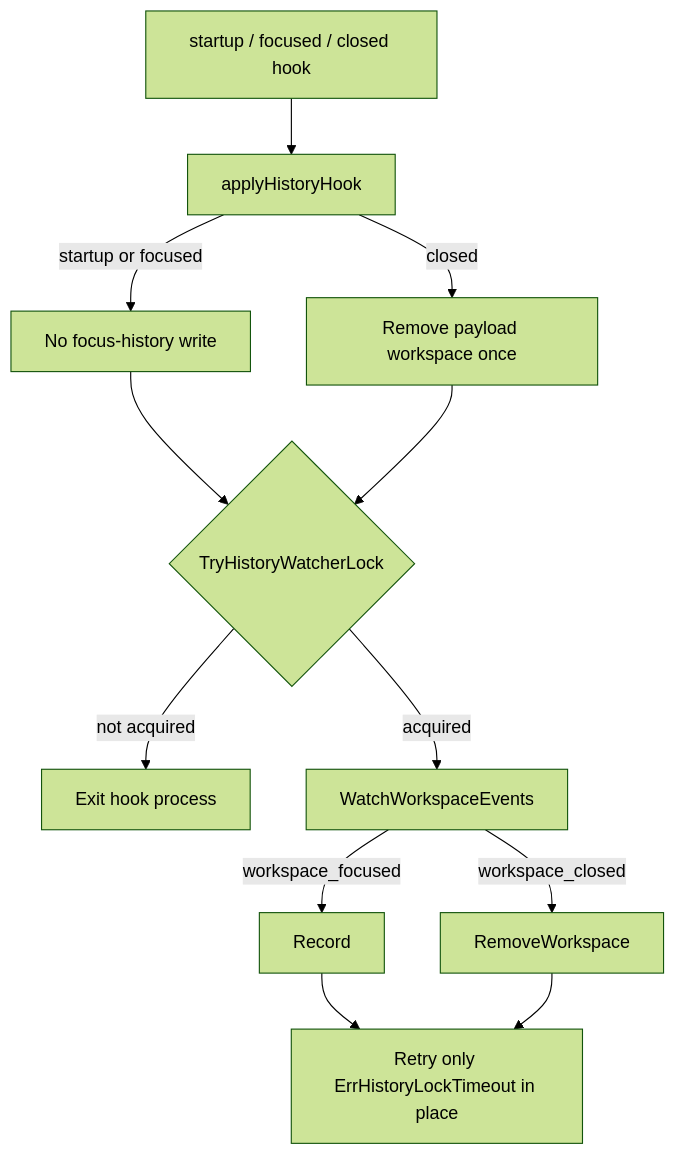
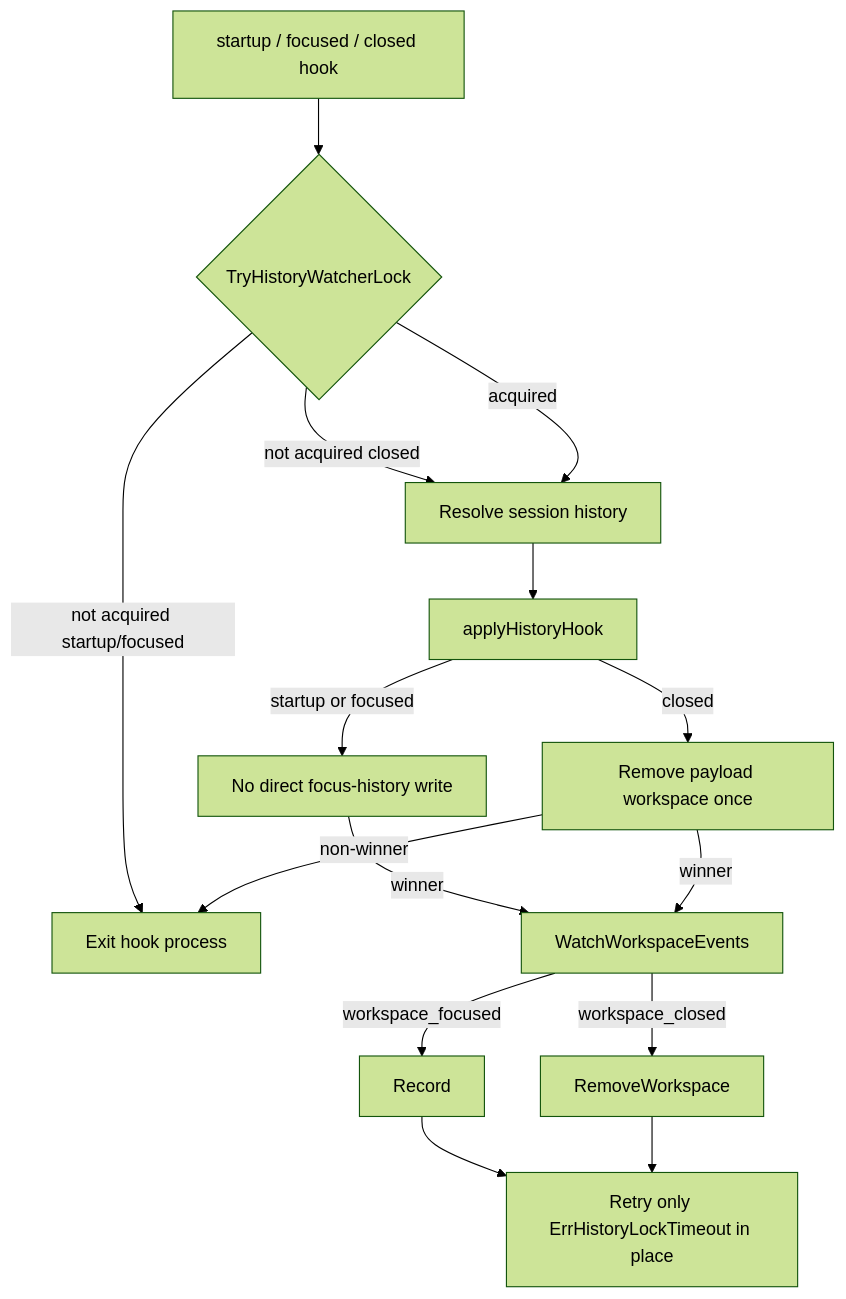
The first of 3 diagrams in docs/development/workspace-history.md (fullerzz/herdr-plugin-sesh), drawn with Mermaid (forest theme) before and after one commit. The commit also changed other lines of this file and 4 other files, not shown here.

First line of the commit message:
fix: close workspace history bootstrap gaps

````diff
--- a/docs/development/workspace-history.md
+++ b/docs/development/workspace-history.md
@@ -50,14 +52,17 @@
 ```mermaid
 flowchart TD
-    Hook["startup / focused / closed hook"] --> Apply["applyHistoryHook"]
-    Apply -->|startup or focused| NoWrite["No focus-history write"]
+    Hook["startup / focused / closed hook"] --> Elect{"TryHistoryWatcherLock"}
+    Elect -->|not acquired startup/focused| Exit["Exit hook process"]
+    Elect -->|not acquired closed| Resolve["Resolve session history"]
+    Elect -->|acquired| Resolve
+    Resolve --> Apply["applyHistoryHook"]
+    Apply -->|startup or focused| NoWrite["No direct focus-history write"]
     Apply -->|closed| RemoveOnce["Remove payload workspace once"]
-    NoWrite --> Elect{"TryHistoryWatcherLock"}
-    RemoveOnce --> Elect
-    Elect -->|not acquired| Exit["Exit hook process"]
-    Elect -->|acquired| Watch["WatchWorkspaceEvents"]
+    NoWrite -->|winner| Watch["WatchWorkspaceEvents"]
+    RemoveOnce -->|winner| Watch
+    RemoveOnce -->|non-winner| Exit
     Watch -->|workspace_focused| Record["Record"]
     Watch -->|workspace_closed| Remove["RemoveWorkspace"]
     Record --> Retry["Retry only ErrHistoryLockTimeout in place"]
     Remove --> Retry
 ```
````
